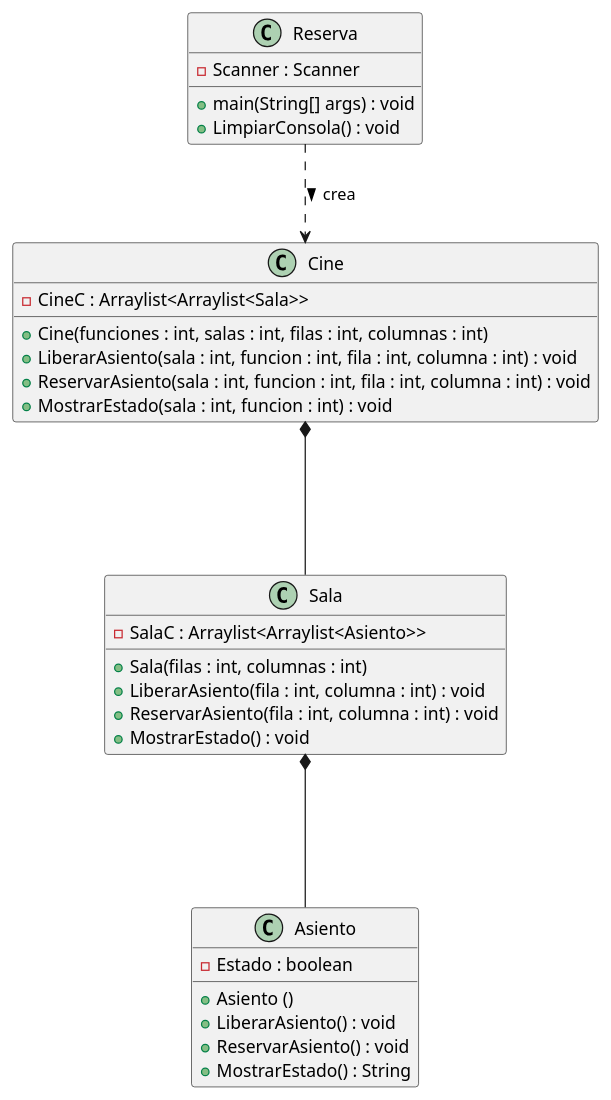
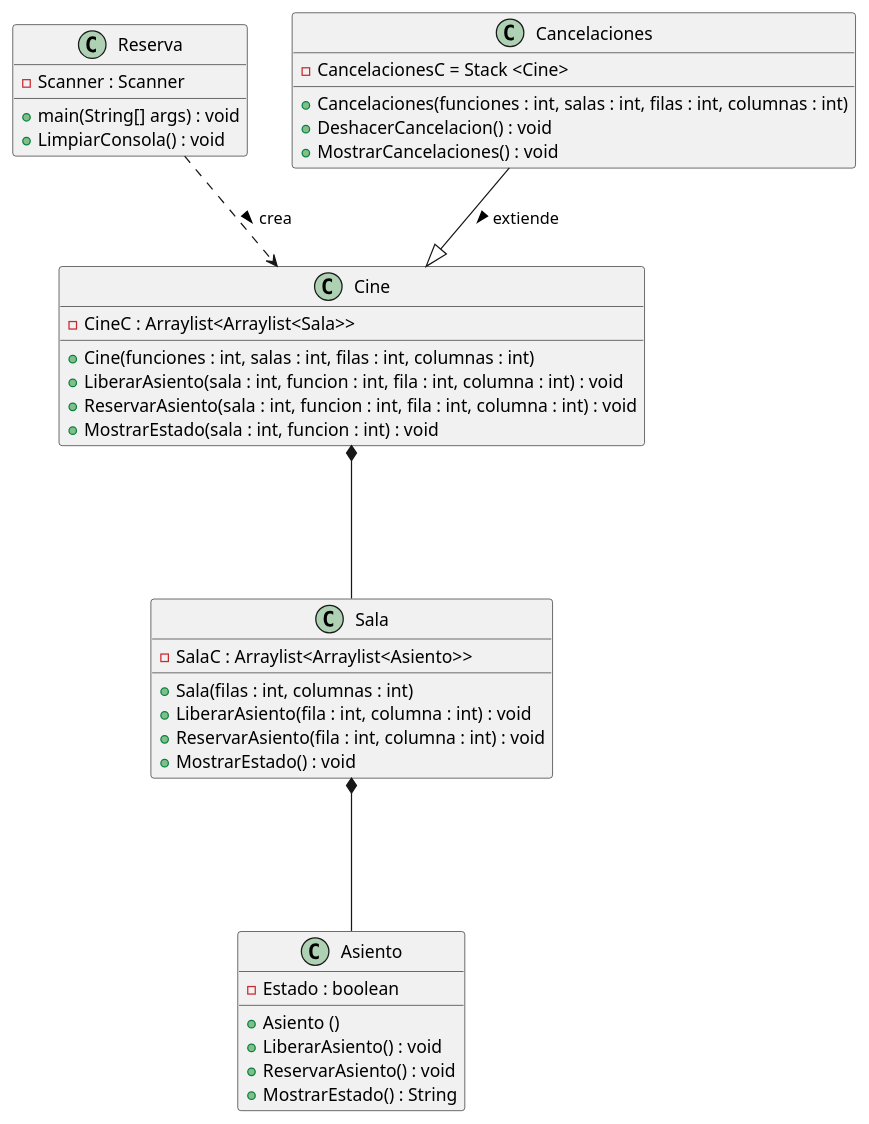
The diagram in src/Diagrama_Cine.puml (Kuripipeer/PR_Sistema_de_reservas_cine), drawn with PlantUML before and after one commit. The commit also changed 3 other files, not shown here.

```diff
--- a/src/Diagrama_Cine.puml
+++ b/src/Diagrama_Cine.puml
@@ -1,38 +1,46 @@
 @startuml Sistema de reservas para cine
 
 class Asiento {
 
     - Estado : boolean
     + Asiento ()
     + LiberarAsiento() : void
     + ReservarAsiento() : void
     + MostrarEstado() : String
 }
 
 class Sala{
     - SalaC : Arraylist<Arraylist<Asiento>>
     + Sala(filas : int, columnas : int)
     + LiberarAsiento(fila : int, columna : int) : void
     + ReservarAsiento(fila : int, columna : int) : void
     + MostrarEstado() : void
 }
 
 class Cine{
     - CineC : Arraylist<Arraylist<Sala>>
     + Cine(funciones : int, salas : int, filas : int, columnas : int)
     + LiberarAsiento(sala : int, funcion : int, fila : int, columna : int) : void
     + ReservarAsiento(sala : int, funcion : int, fila : int, columna : int) : void
     + MostrarEstado(sala : int, funcion : int) : void
 }
 
 class Reserva {
     - Scanner : Scanner
     + main(String[] args) : void
     + LimpiarConsola() : void
 }
 
+class Cancelaciones{
+    - CancelacionesC = Stack <Cine>
+    + Cancelaciones(funciones : int, salas : int, filas : int, columnas : int)
+    + DeshacerCancelacion() : void
+    + MostrarCancelaciones() : void
+}
+
 Cine *--- Sala
 Sala *--- Asiento
 Reserva ..> Cine : crea >
+Cancelaciones --|> Cine : extiende >
 
 @enduml
```
